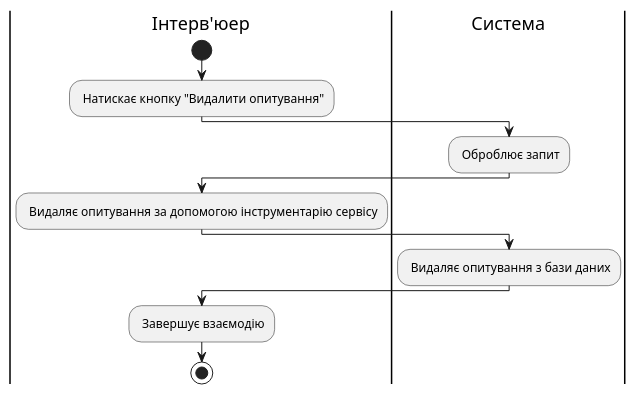
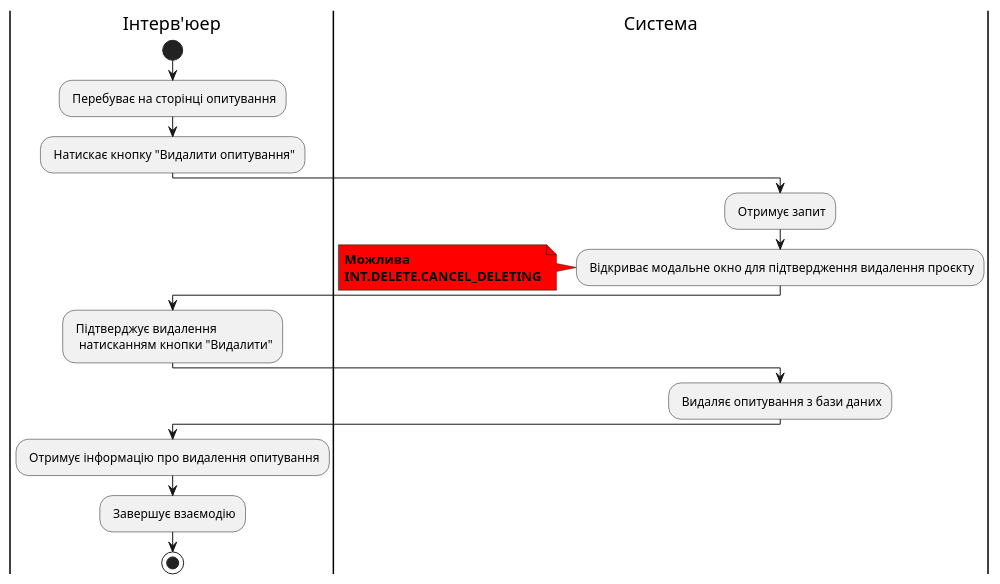
Before and after one commit to michigang1/ImForms: the ninth of 22 diagrams in docs/use cases/README.md, drawn with PlantUML. The commit also changed other lines of this file, not shown here.

Commit message:
Added some changes in diagrams of scenarios

```diff
--- a/docs/use cases/README.md
+++ b/docs/use cases/README.md
@@ -327,19 +388,27 @@
 @startuml
 
 |Інтерв'юер|
 start
+: Перебуває на сторінці опитування;
 : Натискає кнопку "Видалити опитування";
 
 |Система|
-: Оброблює запит;
+: Отримує запит;
+: Відкриває модальне окно для підтвердження видалення проєкту;
+note left #ff0000
+<b>Можлива</b>
+<b>INT.DELETE.CANCEL_DELETING</b>
+end note
 
 |Інтерв'юер|
-: Видаляє опитування за допомогою інструментарію сервісу;
+: Підтверджує видалення
+  натисканням кнопки "Видалити";
 
 |Система|
 : Видаляє опитування з бази даних;
 
 |Інтерв'юер|
+: Отримує інформацію про видалення опитування;
 : Завершує взаємодію;
 stop;
 @enduml
```
